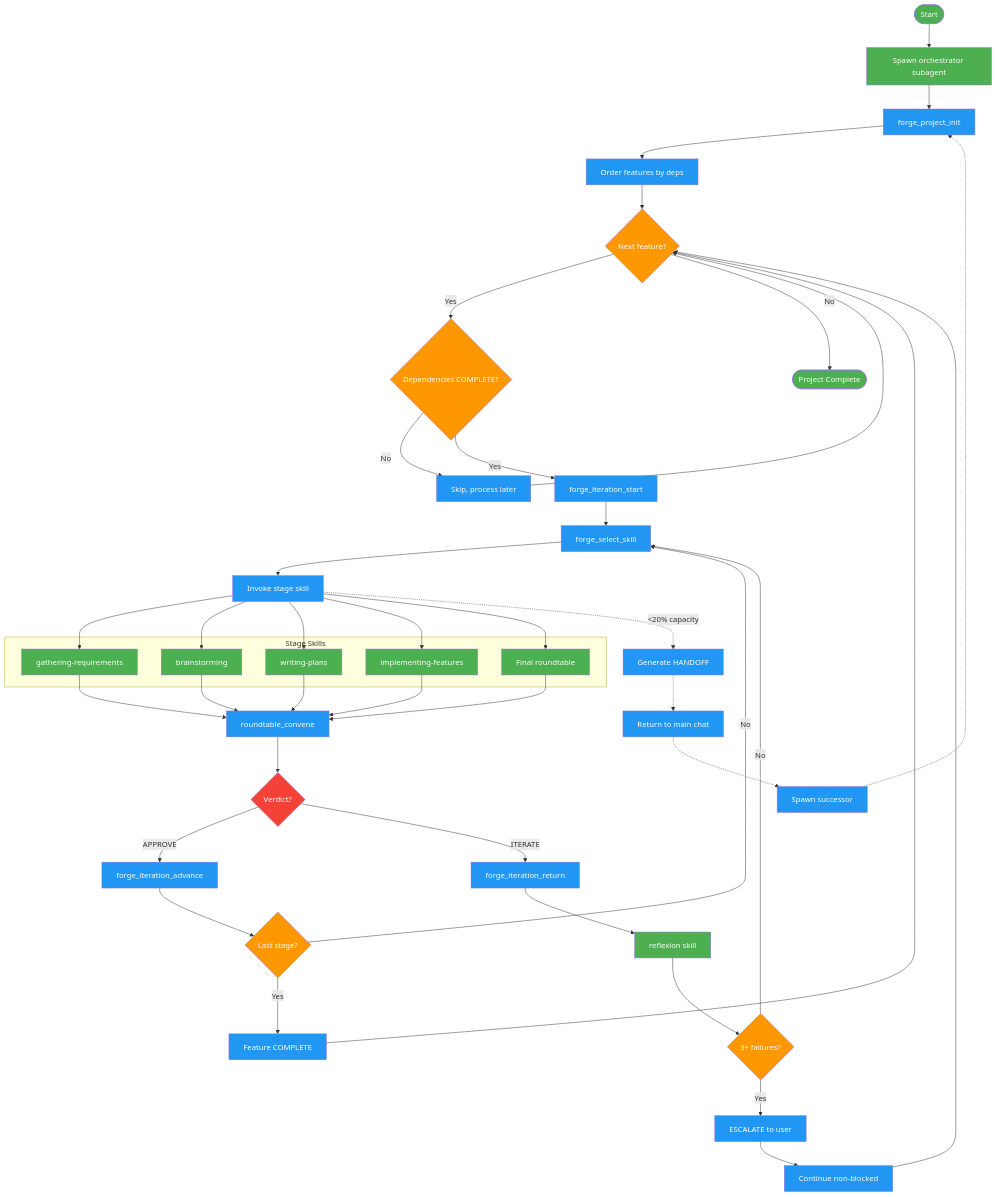
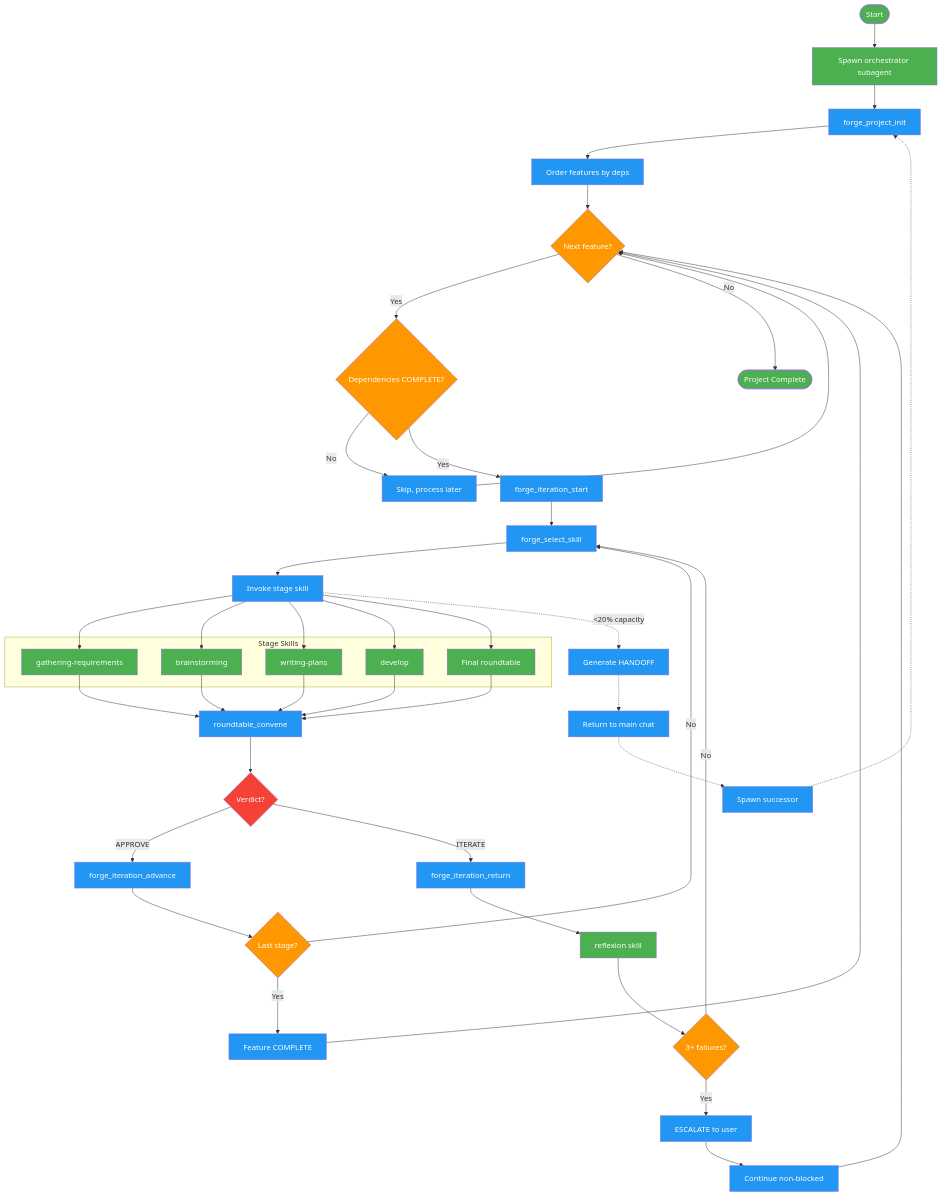
The diagram in docs/diagrams/skills/autonomous-roundtable.md (axiomantic/spellbook), drawn with Mermaid before and after one commit. The commit also changed other lines of this file and 440 other files, not shown here.

```diff
--- a/docs/diagrams/skills/autonomous-roundtable.md
+++ b/docs/diagrams/skills/autonomous-roundtable.md
@@ -24,7 +24,7 @@
         Discover["gathering-requirements"]
         Design["brainstorming"]
         Plan["writing-plans"]
-        Implement["implementing-features"]
+        Implement["develop"]
         Complete["Final roundtable"]
     end
 
```
